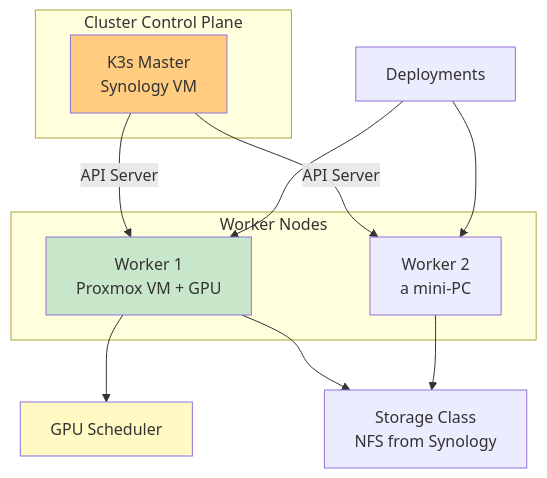
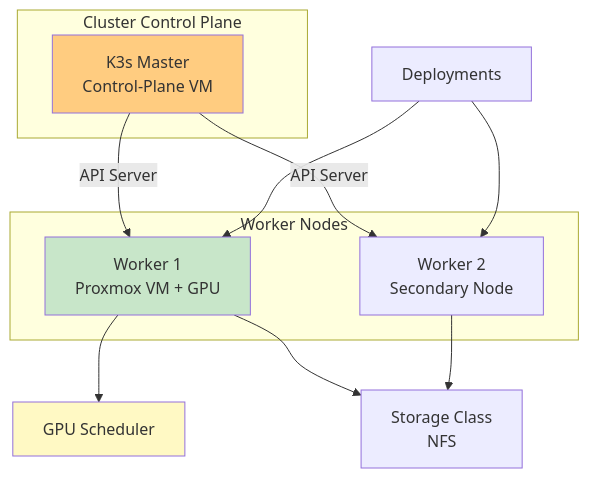
Before and after one commit to minderhq/academy: the second of 4 diagrams in docs/phases/phase1-infra/README.md, drawn with Mermaid. The commit also changed other lines of this file and 52 other files, not shown here.

````diff
--- a/docs/phases/phase1-infra/README.md
+++ b/docs/phases/phase1-infra/README.md
@@ -145,26 +145,26 @@
 ```mermaid
 graph TB
     subgraph "Cluster Control Plane"
-        A[K3s Master<br/>Synology VM]
+        A[K3s Master<br/>Control-Plane VM]
     end
 
     subgraph "Worker Nodes"
         B[Worker 1<br/>Proxmox VM + GPU]
-        C[Worker 2<br/>a mini-PC]
+        C[Worker 2<br/>Secondary Node]
     end
 
     A -->|API Server| B
     A -->|API Server| C
 
     B --> D[GPU Scheduler]
-    B --> E[Storage Class<br/>NFS from Synology]
+    B --> E[Storage Class<br/>NFS]
 
     C --> E
 
     F[Deployments] --> B
     F --> C
 
     style A fill:#ffcc80
     style B fill:#c8e6c9
     style D fill:#fff9c4
 ```
````
